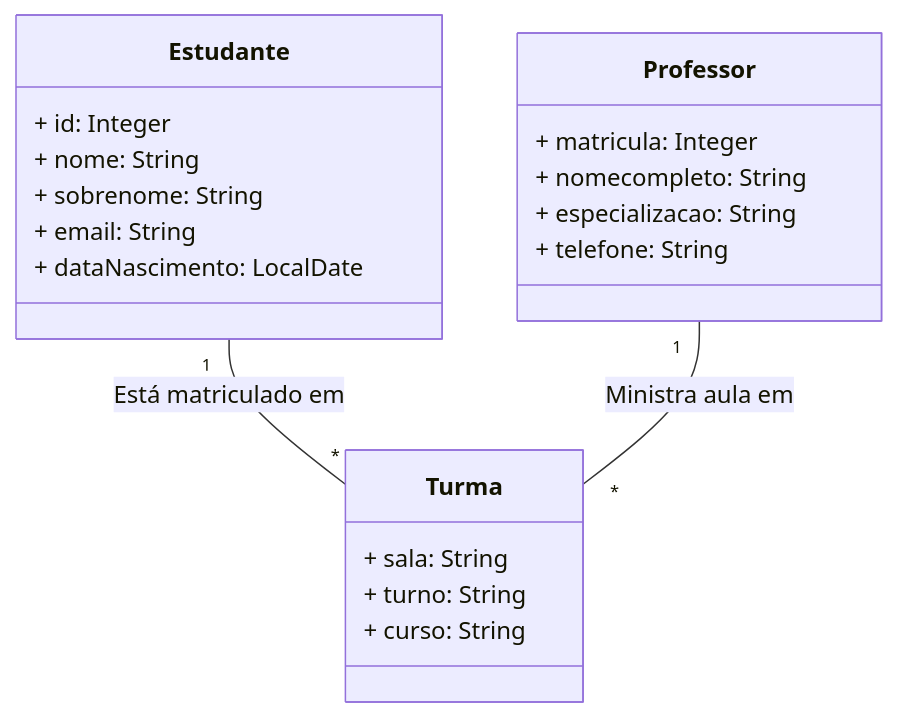
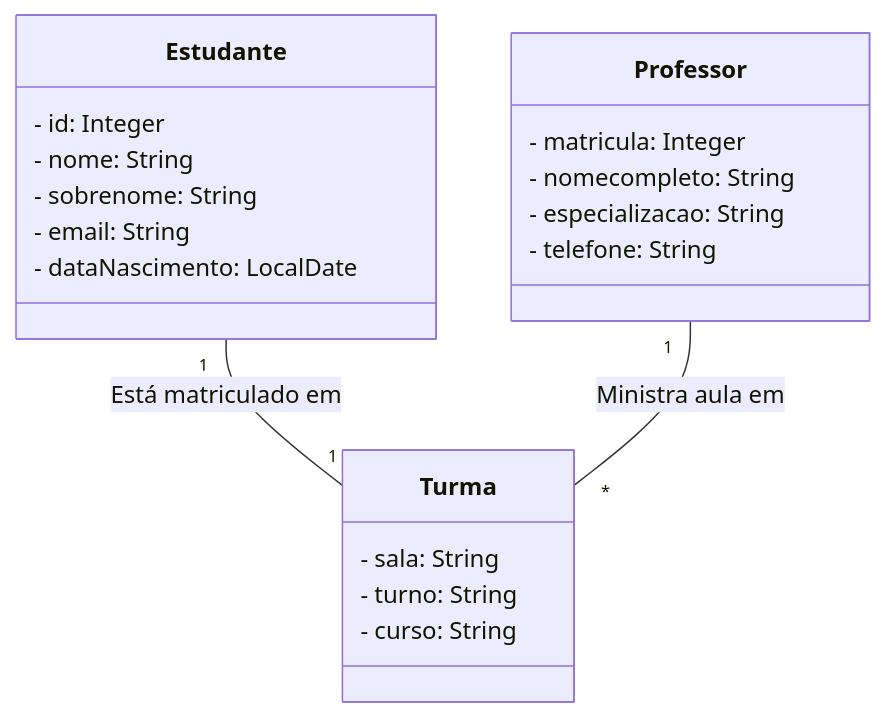
One commit to jocasilvalima/PrimeiroApp changed the diagram in README.md. Above: the diagram before and after it, drawn with Mermaid. The commit also changed other lines of this file, not shown here.

````diff
--- a/README.md
+++ b/README.md
@@ -48,25 +46,25 @@
 ```mermaid
 classDiagram
 class Estudante {
-+ id: Integer
-+ nome: String
-+ sobrenome: String
-+ email: String
-+ dataNascimento: LocalDate
+- id: Integer
+- nome: String
+- sobrenome: String
+- email: String
+- dataNascimento: LocalDate
 }
-    class Professor {
-        + matricula: Integer
-        + nomecompleto: String
-        + especializacao: String
-        + telefone: String
-    }
+class Professor {
+- matricula: Integer
+- nomecompleto: String
+- especializacao: String
+- telefone: String
+}
 
-    class Turma {
-        + sala: String
-        + turno: String
-        + curso: String
-    }
+class Turma {
+- sala: String
+- turno: String
+- curso: String
+}
 
-    Estudante "1" -- "*" Turma : Está matriculado em
+    Estudante "1" -- "1" Turma : Está matriculado em
     Professor "1" -- "*" Turma : Ministra aula em
 ```
````
